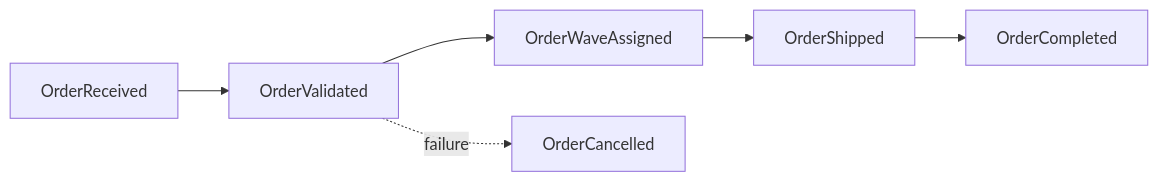
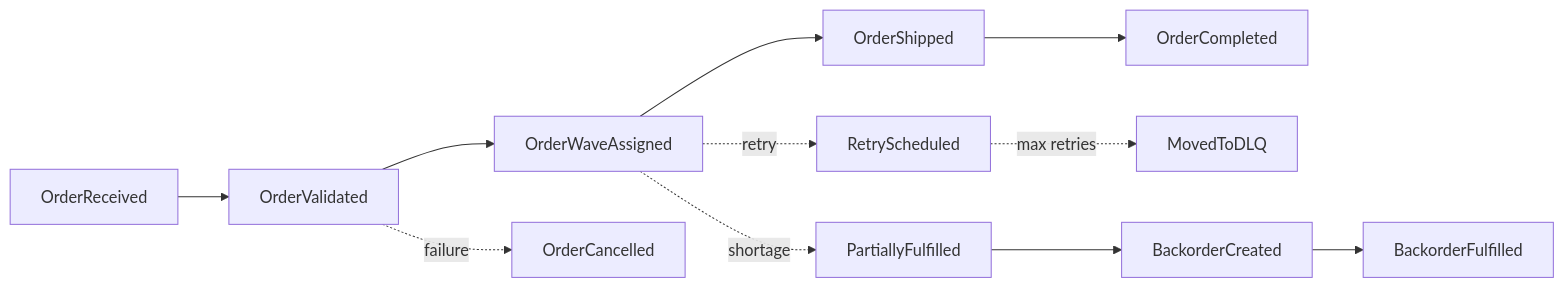
The first of 8 diagrams in ecosystem-documentation/docs/domain-driven-design/domain-events.md (temporal-wms/wms-platform), drawn with Mermaid before and after one commit. The commit also changed other lines of this file and 16 other files, not shown here.

````diff
--- a/ecosystem-documentation/docs/domain-driven-design/domain-events.md
+++ b/ecosystem-documentation/docs/domain-driven-design/domain-events.md
@@ -43,8 +48,13 @@
 ```mermaid
 graph LR
     OR[OrderReceived] --> OV[OrderValidated]
     OV --> OWA[OrderWaveAssigned]
     OWA --> OS[OrderShipped]
     OS --> OC[OrderCompleted]
     OV -.->|failure| OCA[OrderCancelled]
+    OWA -.->|retry| ORS[RetryScheduled]
+    ORS -.->|max retries| ODLQ[MovedToDLQ]
+    OWA -.->|shortage| OPF[PartiallyFulfilled]
+    OPF --> BOC[BackorderCreated]
+    BOC --> BOF[BackorderFulfilled]
 ```
````
